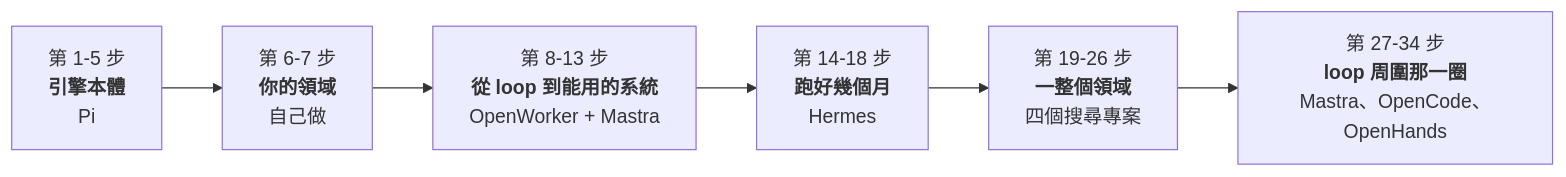
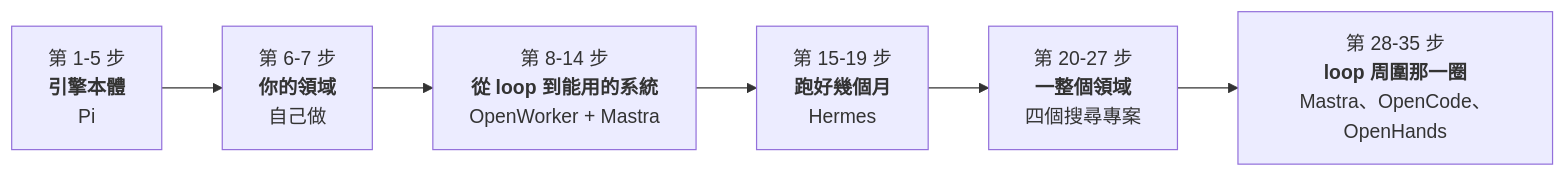
The second of 2 diagrams in README.zh-TW.md (whereissam/learn-agent-engineering-from-production), drawn with Mermaid before and after one commit. The commit also changed other lines of this file and 11 other files, not shown here.

````diff
--- a/README.zh-TW.md
+++ b/README.zh-TW.md
@@ -63,8 +63,8 @@
 ```mermaid
 flowchart LR
     P1["第 1-5 步<br/><b>引擎本體</b><br/>Pi"] --> P2["第 6-7 步<br/><b>你的領域</b><br/>自己做"]
-    P2 --> P3["第 8-13 步<br/><b>從 loop 到能用的系統</b><br/>OpenWorker + Mastra"]
-    P3 --> P4["第 14-18 步<br/><b>跑好幾個月</b><br/>Hermes"]
-    P4 --> P5["第 19-26 步<br/><b>一整個領域</b><br/>四個搜尋專案"]
-    P5 --> P6["第 27-34 步<br/><b>loop 周圍那一圈</b><br/>Mastra、OpenCode、OpenHands"]
+    P2 --> P3["第 8-14 步<br/><b>從 loop 到能用的系統</b><br/>OpenWorker + Mastra"]
+    P3 --> P4["第 15-19 步<br/><b>跑好幾個月</b><br/>Hermes"]
+    P4 --> P5["第 20-27 步<br/><b>一整個領域</b><br/>四個搜尋專案"]
+    P5 --> P6["第 28-35 步<br/><b>loop 周圍那一圈</b><br/>Mastra、OpenCode、OpenHands"]
 ```
````
